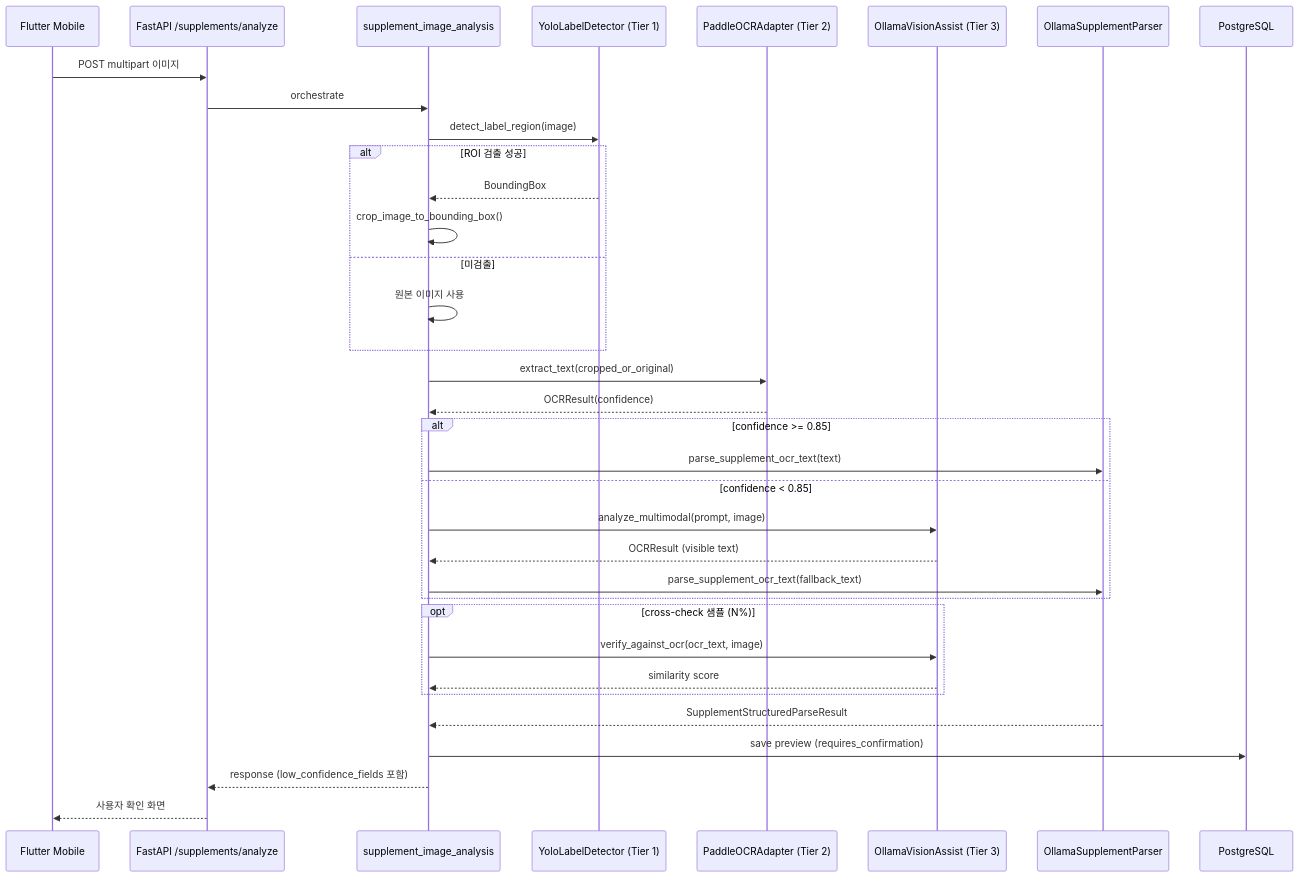
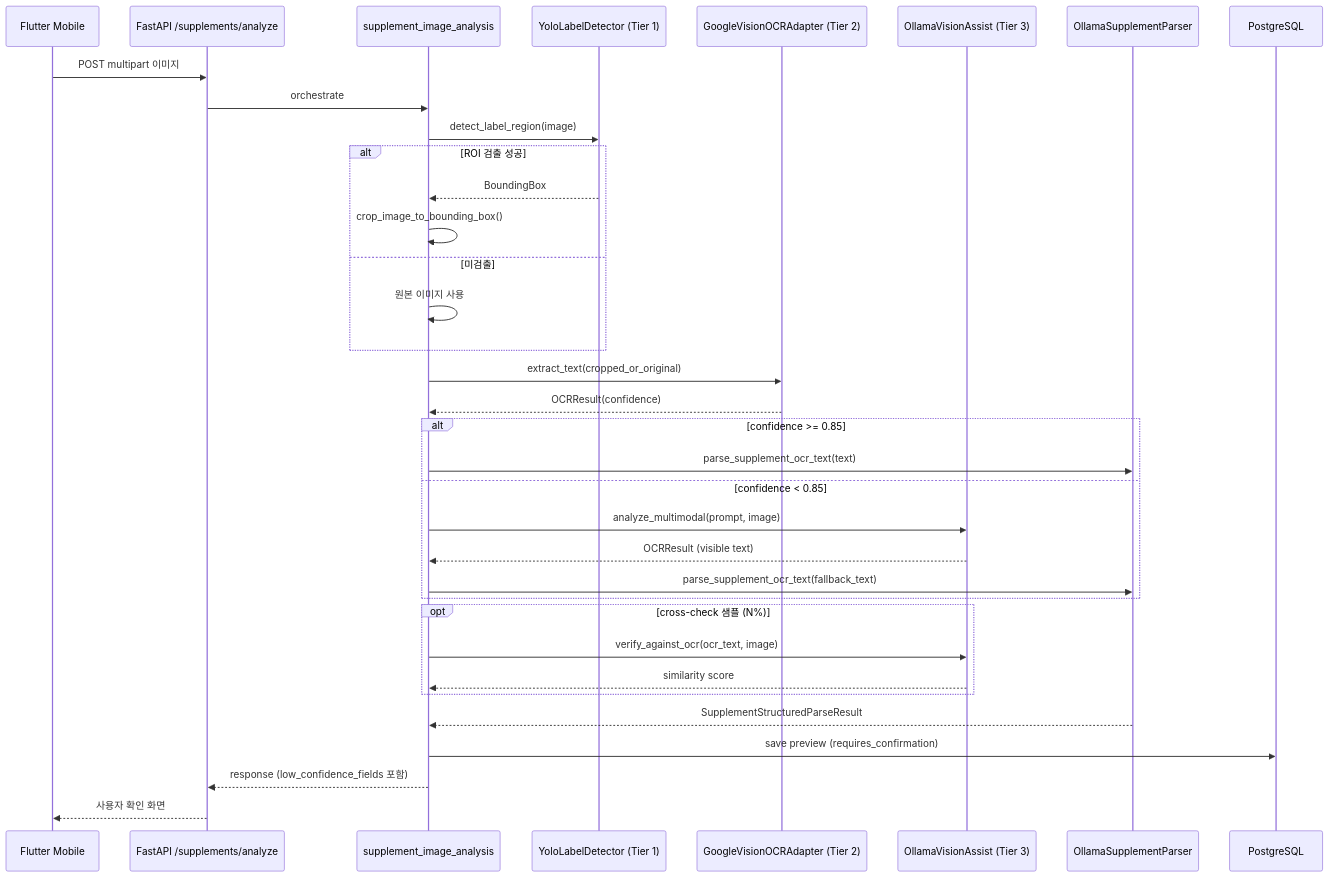
The diagram in docs/Nutrition-docs/33-three-tier-ocr-pipeline-implementation-guide.md (Lemon-Aid-KDT/Lemon-sin), drawn with Mermaid before and after one commit. The commit also changed other lines of this file and 388 other files, not shown here.

````diff
--- a/docs/Nutrition-docs/33-three-tier-ocr-pipeline-implementation-guide.md
+++ b/docs/Nutrition-docs/33-three-tier-ocr-pipeline-implementation-guide.md
@@ -53,38 +52,38 @@
 ```mermaid
 sequenceDiagram
     participant M as Flutter Mobile
     participant API as FastAPI /supplements/analyze
     participant SVC as supplement_image_analysis
     participant YOLO as YoloLabelDetector (Tier 1)
-    participant PADDLE as PaddleOCRAdapter (Tier 2)
+    participant GV as GoogleVisionOCRAdapter (Tier 2)
     participant OLV as OllamaVisionAssist (Tier 3)
     participant PARSE as OllamaSupplementParser
     participant DB as PostgreSQL
 
     M->>API: POST multipart 이미지
     API->>SVC: orchestrate
     SVC->>YOLO: detect_label_region(image)
     alt ROI 검출 성공
         YOLO-->>SVC: BoundingBox
         SVC->>SVC: crop_image_to_bounding_box()
     else 미검출
         SVC->>SVC: 원본 이미지 사용
     end
-    SVC->>PADDLE: extract_text(cropped_or_original)
-    PADDLE-->>SVC: OCRResult(confidence)
+    SVC->>GV: extract_text(cropped_or_original)
+    GV-->>SVC: OCRResult(confidence)
     alt confidence >= 0.85
         SVC->>PARSE: parse_supplement_ocr_text(text)
     else confidence < 0.85
         SVC->>OLV: analyze_multimodal(prompt, image)
         OLV-->>SVC: OCRResult (visible text)
         SVC->>PARSE: parse_supplement_ocr_text(fallback_text)
     end
     opt cross-check 샘플 (N%)
         SVC->>OLV: verify_against_ocr(ocr_text, image)
         OLV-->>SVC: similarity score
     end
     PARSE-->>SVC: SupplementStructuredParseResult
     SVC->>DB: save preview (requires_confirmation)
     SVC-->>API: response (low_confidence_fields 포함)
     API-->>M: 사용자 확인 화면
 ```
````
